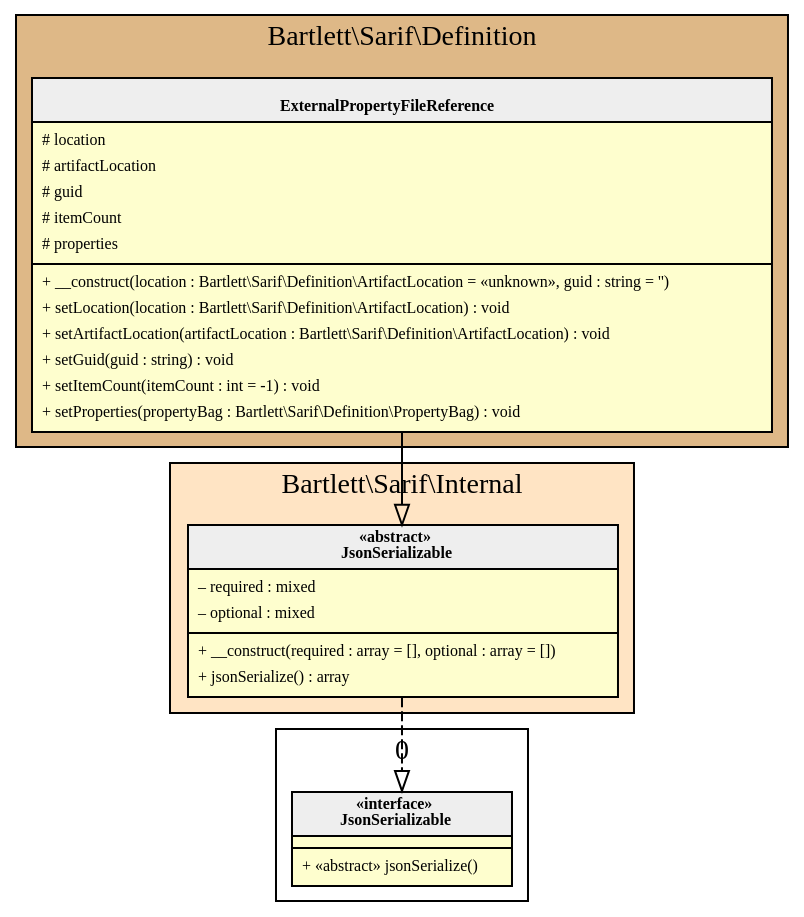
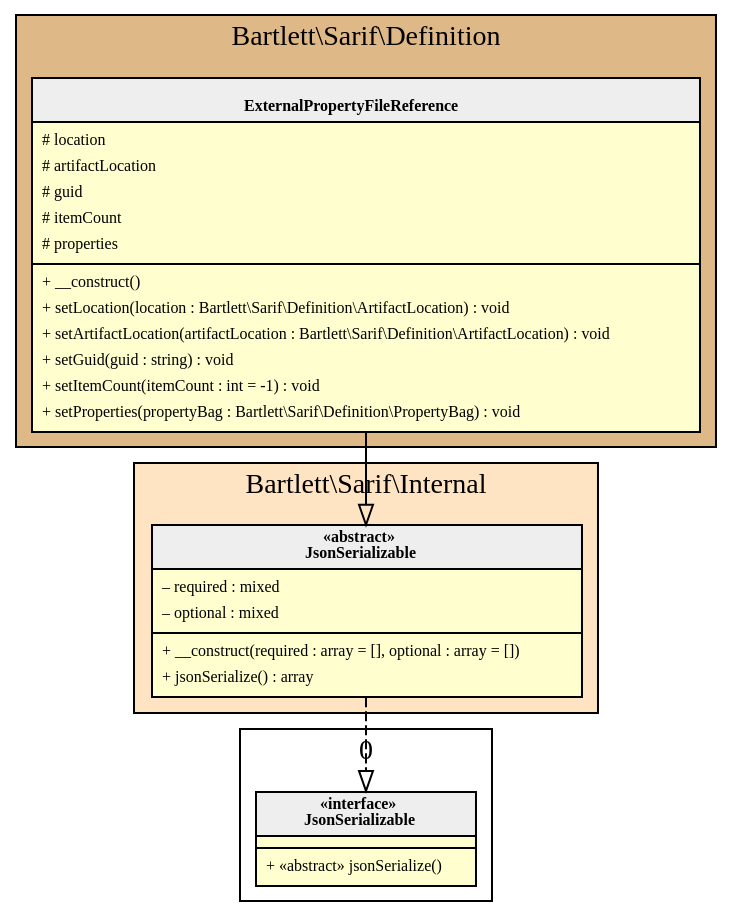
One commit to llaville/sarif-php-sdk changed the diagram in 2.0/assets/images/reference-external-property-file-reference.html.gv. Above: the diagram before and after it, drawn with Graphviz. The commit also changed 113 other files, not shown here.

```diff
--- a/2.0/assets/images/reference-external-property-file-reference.html.gv
+++ b/2.0/assets/images/reference-external-property-file-reference.html.gv
@@ -1,57 +1,57 @@
 digraph {
   graph [name="G" overlap="false" rankdir="TB" bgcolor="transparent"]
   node [fontname="Verdana" fontsize=8 shape="none" margin=0 fillcolor="#FEFECE" style="filled"]
   edge [fontname="Verdana" fontsize=8]
   subgraph cluster_0 {
     graph [bgcolor="BurlyWood"]
     label = "Bartlett\\Sarif\\Definition"
     "Bartlett\\Sarif\\Definition\\ExternalPropertyFileReference" [shape="none" label=<
 <table cellspacing="0" border="0" cellborder="1">
     <tr><td bgcolor="#eeeeee"><b><br/>ExternalPropertyFileReference</b></td></tr>
     <tr><td><table border="0" cellspacing="0" cellpadding="2">
     <tr><td align="left"># location</td></tr>
     <tr><td align="left"># artifactLocation</td></tr>
     <tr><td align="left"># guid</td></tr>
     <tr><td align="left"># itemCount</td></tr>
     <tr><td align="left"># properties</td></tr>
 </table></td></tr>
     <tr><td><table border="0" cellspacing="0" cellpadding="2">
-    <tr><td align="left">+ __construct(location : Bartlett\\Sarif\\Definition\\ArtifactLocation = «unknown», guid : string = '')</td></tr>
+    <tr><td align="left">+ __construct()</td></tr>
     <tr><td align="left">+ setLocation(location : Bartlett\\Sarif\\Definition\\ArtifactLocation) : void</td></tr>
     <tr><td align="left">+ setArtifactLocation(artifactLocation : Bartlett\\Sarif\\Definition\\ArtifactLocation) : void</td></tr>
     <tr><td align="left">+ setGuid(guid : string) : void</td></tr>
     <tr><td align="left">+ setItemCount(itemCount : int = -1) : void</td></tr>
     <tr><td align="left">+ setProperties(propertyBag : Bartlett\\Sarif\\Definition\\PropertyBag) : void</td></tr>
 </table></td></tr>
 </table>>]
   }
   subgraph cluster_1 {
     graph [bgcolor="Bisque"]
     label = "Bartlett\\Sarif\\Internal"
     "Bartlett\\Sarif\\Internal\\JsonSerializable" [shape="none" label=<
 <table cellspacing="0" border="0" cellborder="1">
     <tr><td bgcolor="#eeeeee"><b>«abstract»<br/>JsonSerializable</b></td></tr>
     <tr><td><table border="0" cellspacing="0" cellpadding="2">
     <tr><td align="left">– required : mixed</td></tr>
     <tr><td align="left">– optional : mixed</td></tr>
 </table></td></tr>
     <tr><td><table border="0" cellspacing="0" cellpadding="2">
     <tr><td align="left">+ __construct(required : array = [], optional : array = [])</td></tr>
     <tr><td align="left">+ jsonSerialize() : array</td></tr>
 </table></td></tr>
 </table>>]
   }
   subgraph cluster_2 {
     label = 0
     "JsonSerializable" [shape="none" label=<
 <table cellspacing="0" border="0" cellborder="1">
     <tr><td bgcolor="#eeeeee"><b>«interface»<br/>JsonSerializable</b></td></tr>
     <tr><td></td></tr>
     <tr><td><table border="0" cellspacing="0" cellpadding="2">
     <tr><td align="left">+ «abstract» jsonSerialize()</td></tr>
 </table></td></tr>
 </table>>]
   }
   "Bartlett\\Sarif\\Internal\\JsonSerializable" -> "JsonSerializable" [arrowhead="empty" style="dashed"]
   "Bartlett\\Sarif\\Definition\\ExternalPropertyFileReference" -> "Bartlett\\Sarif\\Internal\\JsonSerializable" [arrowhead="empty" style="filled"]
 }
```
